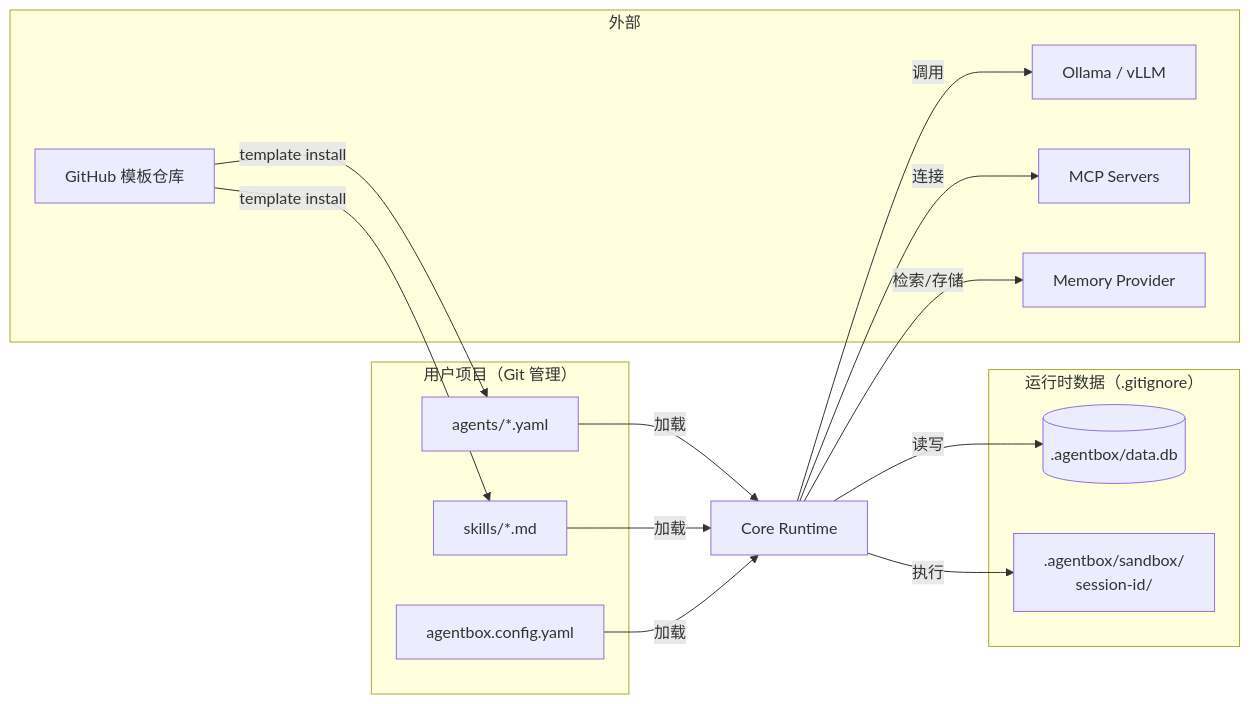
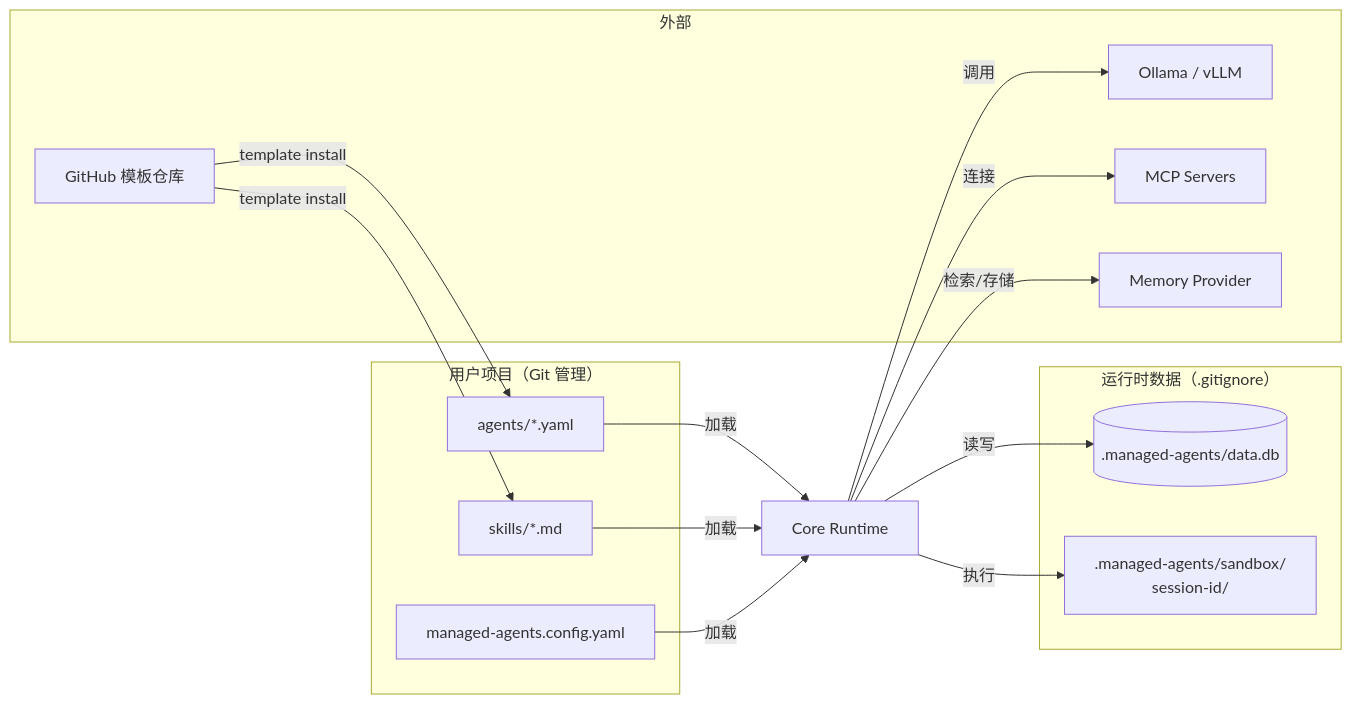
One commit to sandbaseai/managed-agents changed the eighth of 10 diagrams in docs/spec/architecture.md. Above: the diagram before and after it, drawn with Mermaid. The commit also changed other lines of this file and 29 other files, not shown here.

First line of the commit message:
feat: prepare managed-agents for open source

````diff
--- a/docs/spec/architecture.md
+++ b/docs/spec/architecture.md
@@ -294,33 +294,33 @@
 ```mermaid
 graph LR
     subgraph "用户项目（Git 管理）"
         A[agents/*.yaml]
         S[skills/*.md]
-        C[agentbox.config.yaml]
+        C[managed-agents.config.yaml]
     end
     
     subgraph "运行时数据（.gitignore）"
-        DB[(.agentbox/data.db)]
-        SB[.agentbox/sandbox/<br/>session-id/]
+        DB[(.managed-agents/data.db)]
+        SB[.managed-agents/sandbox/<br/>session-id/]
     end
     
     subgraph "外部"
         GH[GitHub 模板仓库]
         OL[Ollama / vLLM]
         MCP_S[MCP Servers]
         Mem[Memory Provider]
     end
     
     A -->|"加载"| Core[Core Runtime]
     S -->|"加载"| Core
     C -->|"加载"| Core
     
     Core -->|"读写"| DB
     Core -->|"执行"| SB
     Core -->|"调用"| OL
     Core -->|"连接"| MCP_S
     Core -->|"检索/存储"| Mem
     
     GH -->|"template install"| A
     GH -->|"template install"| S
 ```
````
